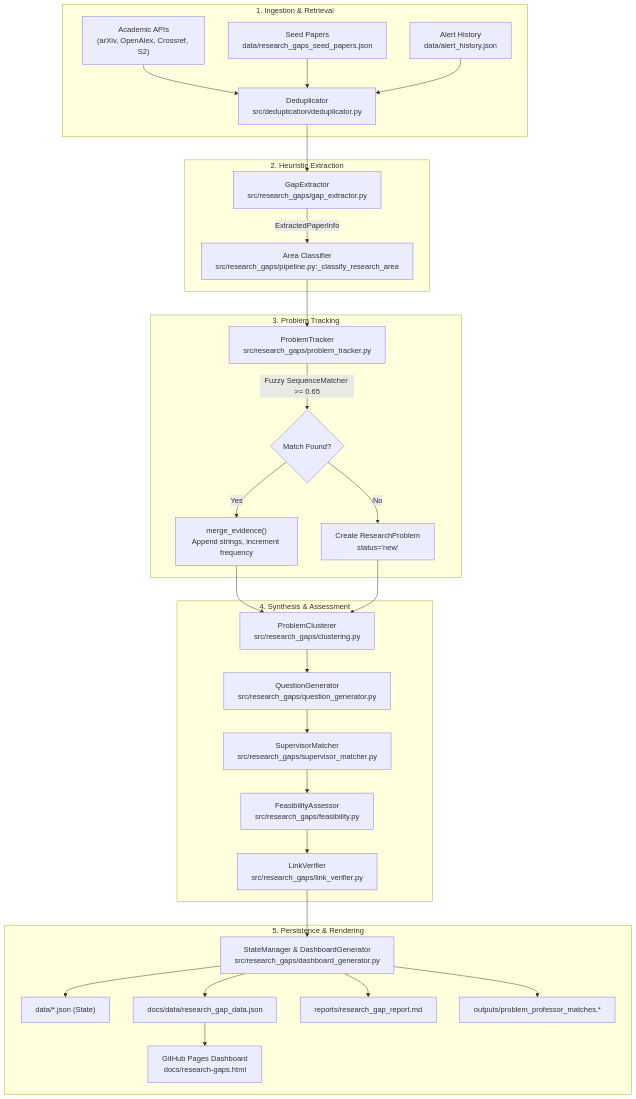
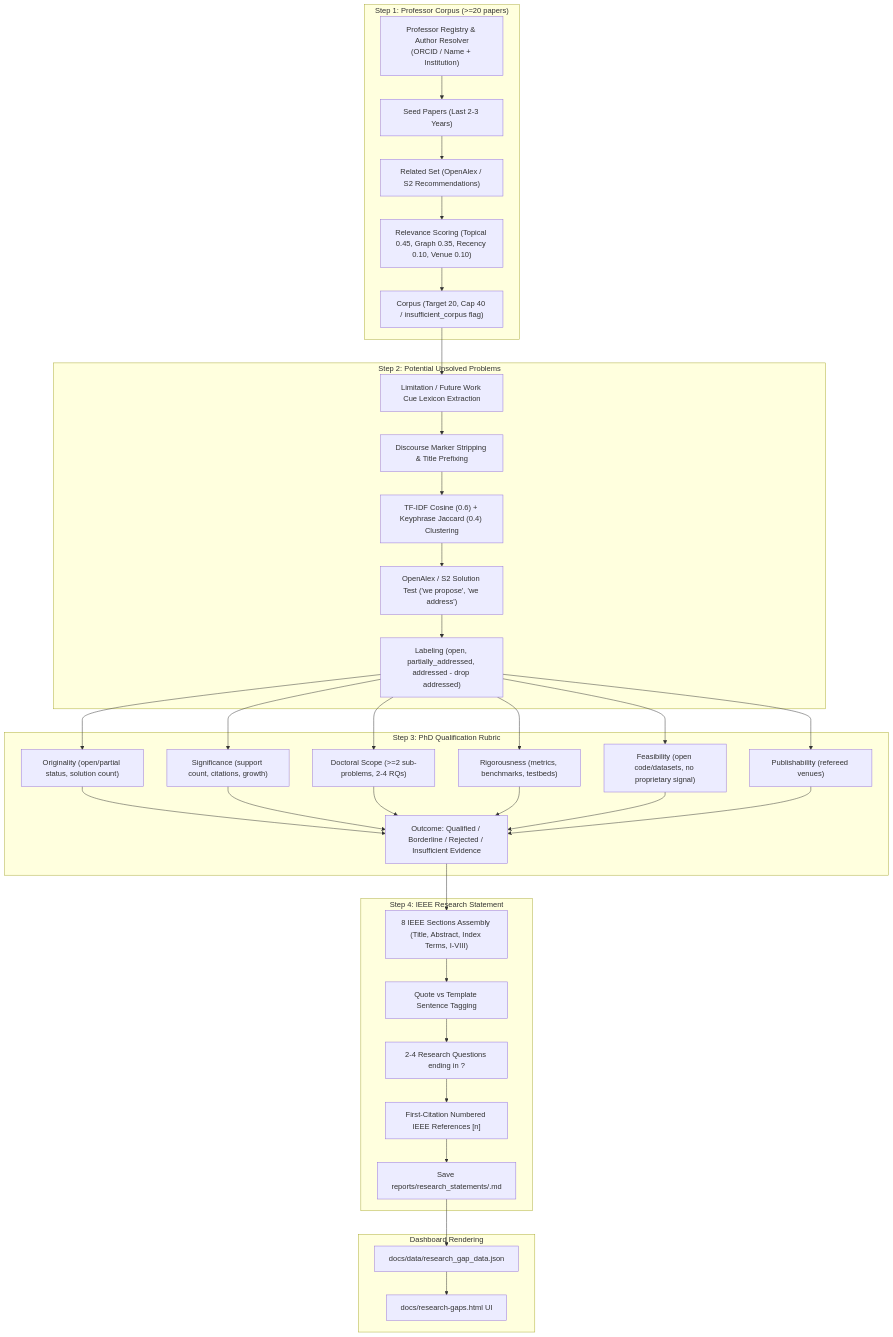
Before and after one commit to mosesObaro/AlertMe: the diagram in ARCHITECTURE_research_problem_generator.md, drawn with Mermaid. The commit also changed other lines of this file and 1 other file, not shown here.

Commit message:
docs(research_gaps): update ARCHITECTURE_research_problem_generator.md and SYSTEM_OVERVIEW.md for 4-step algorithm

````diff
--- a/ARCHITECTURE_research_problem_generator.md
+++ b/ARCHITECTURE_research_problem_generator.md
@@ -38,38 +41,40 @@
 ```mermaid
 flowchart TD
-    subgraph Ingestion["1. Ingestion & Retrieval"]
-        A1["Academic APIs<br>(arXiv, OpenAlex, Crossref, S2)"] --> B["Deduplicator<br>src/deduplication/deduplicator.py"]
-        A2["Seed Papers<br>data/research_gaps_seed_papers.json"] --> B
-        A3["Alert History<br>data/alert_history.json"] --> B
+    subgraph Step1["Step 1: Professor Corpus (>=20 papers)"]
+        P1["Professor Registry & Author Resolver<br>(ORCID / Name + Institution)"] --> P2["Seed Papers (Last 2-3 Years)"]
+        P2 --> P3["Related Set (OpenAlex / S2 Recommendations)"]
+        P3 --> P4["Relevance Scoring (Topical 0.45, Graph 0.35, Recency 0.10, Venue 0.10)"]
+        P4 --> P5["Corpus (Target 20, Cap 40 / insufficient_corpus flag)"]
     end
 
-    subgraph Extraction["2. Heuristic Extraction"]
-        B --> C["GapExtractor<br>src/research_gaps/gap_extractor.py"]
-        C -->|ExtractedPaperInfo| D["Area Classifier<br>src/research_gaps/pipeline.py:_classify_research_area"]
+    subgraph Step2["Step 2: Potential Unsolved Problems"]
+        P5 --> U1["Limitation / Future Work Cue Lexicon Extraction"]
+        U1 --> U2["Discourse Marker Stripping & Title Prefixing"]
+        U2 --> U3["TF-IDF Cosine (0.6) + Keyphrase Jaccard (0.4) Clustering"]
+        U3 --> U4["OpenAlex / S2 Solution Test ('we propose', 'we address')"]
+        U4 --> U5["Labeling (open, partially_addressed, addressed - drop addressed)"]
     end
 
-    subgraph Tracking["3. Problem Tracking"]
-        D --> E["ProblemTracker<br>src/research_gaps/problem_tracker.py"]
-        E -->|Fuzzy SequenceMatcher >= 0.65| E1{Match Found?}
-        E1 -->|Yes| E2["merge_evidence()<br>Append strings, increment frequency"]
-        E1 -->|No| E3["Create ResearchProblem<br>status='new'"]
+    subgraph Step3["Step 3: PhD Qualification Rubric"]
+        U5 --> Q1["Originality (open/partial status, solution count)"]
+        U5 --> Q2["Significance (support count, citations, growth)"]
+        U5 --> Q3["Doctoral Scope (>=2 sub-problems, 2-4 RQs)"]
+        U5 --> Q4["Rigorousness (metrics, benchmarks, testbeds)"]
+        U5 --> Q5["Feasibility (open code/datasets, no proprietary signal)"]
+        U5 --> Q6["Publishability (refereed venues)"]
+        Q1 & Q2 & Q3 & Q4 & Q5 & Q6 --> Q7["Outcome: Qualified / Borderline / Rejected / Insufficient Evidence"]
     end
 
-    subgraph Synthesis["4. Synthesis & Assessment"]
-        E2 --> F["ProblemClusterer<br>src/research_gaps/clustering.py"]
-        E3 --> F
-        F --> G["QuestionGenerator<br>src/research_gaps/question_generator.py"]
-        G --> H["SupervisorMatcher<br>src/research_gaps/supervisor_matcher.py"]
-        H --> I["FeasibilityAssessor<br>src/research_gaps/feasibility.py"]
-        I --> J["LinkVerifier<br>src/research_gaps/link_verifier.py"]
+    subgraph Step4["Step 4: IEEE Research Statement"]
+        Q7 --> S1["8 IEEE Sections Assembly (Title, Abstract, Index Terms, I-VIII)"]
+        S1 --> S2["Quote vs Template Sentence Tagging"]
+        S2 --> S3["2-4 Research Questions ending in ?"]
+        S3 --> S4["First-Citation Numbered IEEE References [n]"]
+        S4 --> S5["Save reports/research_statements/<problem_id>.md"]
     end
 
-    subgraph Publishing["5. Persistence & Rendering"]
-        J --> K["StateManager & DashboardGenerator<br>src/research_gaps/dashboard_generator.py"]
-        K --> L1["data/*.json (State)"]
-        K --> L2["docs/data/research_gap_data.json"]
-        K --> L3["reports/research_gap_report.md"]
-        K --> L4["outputs/problem_professor_matches.*"]
-        L2 --> M["GitHub Pages Dashboard<br>docs/research-gaps.html"]
+    subgraph Display["Dashboard Rendering"]
+        S5 --> D1["docs/data/research_gap_data.json"]
+        D1 --> D2["docs/research-gaps.html UI"]
     end
 ```
````
